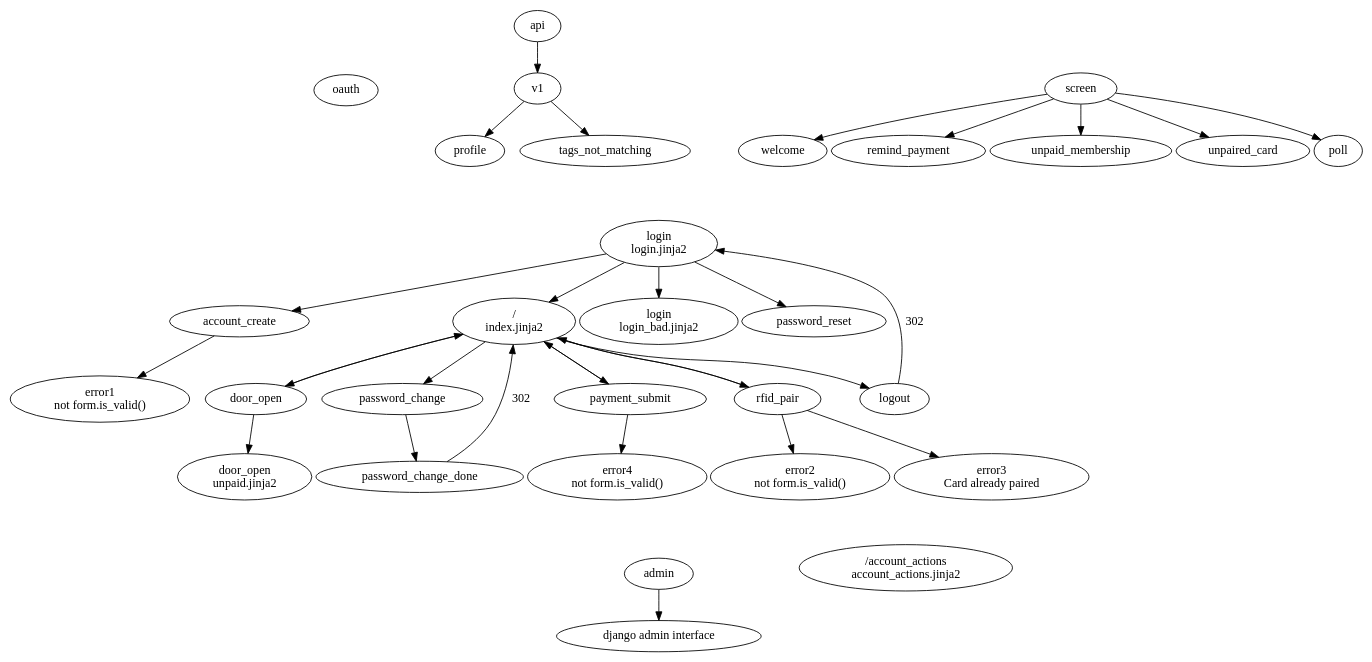
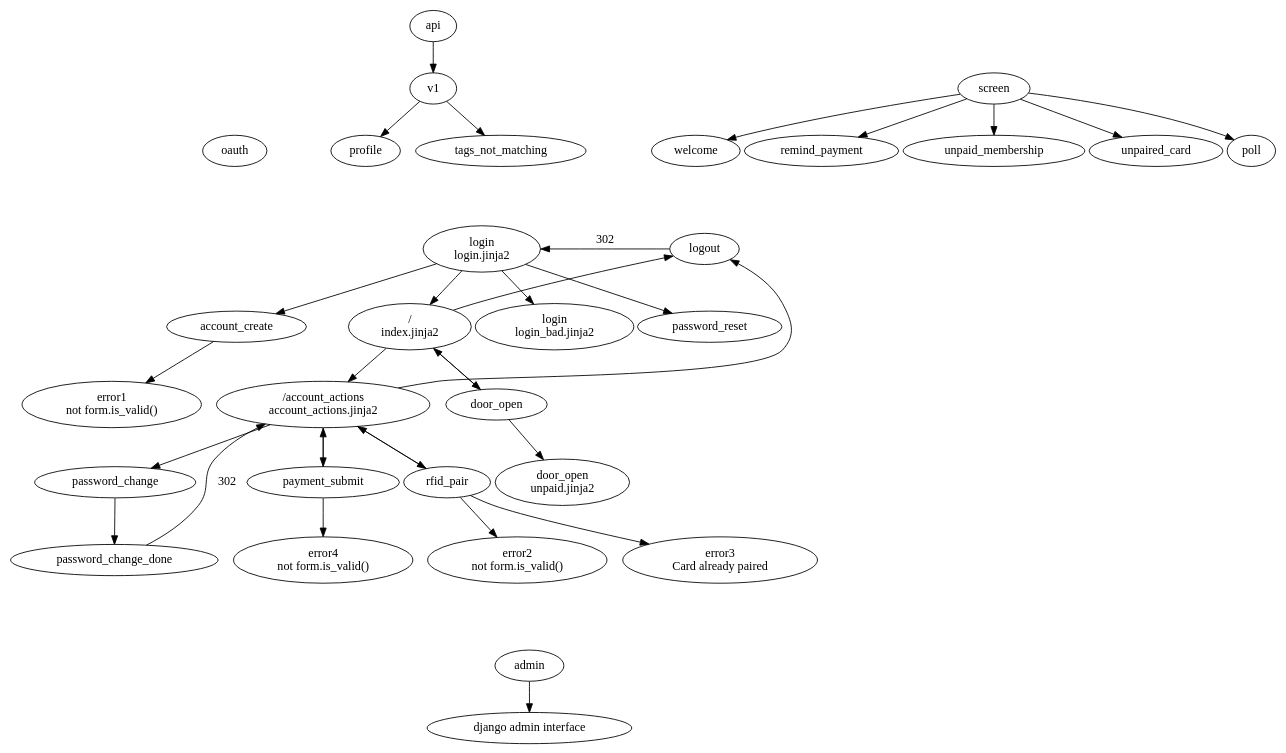
Before and after one commit to dimsumlabs/hackman: the diagram in docs/site-flow.dot, drawn with Graphviz. The commit also changed 4 other files, not shown here.

Commit message:
Integrate new account_actions page into existing site

```diff
--- a/docs/site-flow.dot
+++ b/docs/site-flow.dot
@@ -1,61 +1,64 @@
 #
 # Outline of the various pages and how they link to each other
 #
 
 digraph g{
     pack=true;
 
     # All the templates, with internal names for them
     account_create;
     index [label="/\nindex.jinja2"];
     login [label="\N\nlogin.jinja2"];
     login_bad [label="login\nlogin_bad.jinja2"];
     door_open_bad [label="door_open\nunpaid.jinja2"];
     account_actions [label="/account_actions\naccount_actions.jinja2"];
 
     error1 [label="\N\nnot form.is_valid()"];
     error2 [label="\N\nnot form.is_valid()"];
     error3 [label="\N\nCard already paired"];
     error4 [label="\N\nnot form.is_valid()"];
 
     login -> login_bad [label=post];
     login -> password_reset;
     login -> account_create [label=post];
     login -> index [label=post];
 
     account_create -> error1;
 
     index -> door_open;
     door_open -> door_open_bad;
     door_open -> index [label=302];
 
-    index -> password_change;
+    index -> account_actions;
+
+    account_actions -> password_change;
     password_change -> password_change_done [label=post];
-    password_change_done -> index [label=302];
+    password_change_done -> account_actions [label=302];
 
-    index -> payment_submit [label=post];
-    payment_submit -> index [label=302];
+    account_actions -> payment_submit [label=post];
+    payment_submit -> account_actions [label=302];
     payment_submit -> error4;
 
-    index -> rfid_pair [label=post];
-    rfid_pair -> index [label=302];
+    account_actions -> rfid_pair [label=post];
+    rfid_pair -> account_actions [label=302];
     rfid_pair -> error2;
     rfid_pair -> error3;
 
-    index -> logout;
-    logout -> login [label=302];
+    index -> logout [constraint=false];
+    account_actions -> logout [constraint=false];
+    logout -> login [constraint=false label=302];
 
     admin -> "django admin interface";
 
     screen -> welcome;
     screen -> remind_payment;
     screen -> unpaid_membership;
     screen -> unpaired_card;
     screen -> poll;
 
     oauth;
 
     api -> v1;
     v1 -> profile;
     v1 -> tags_not_matching;
 }
```
